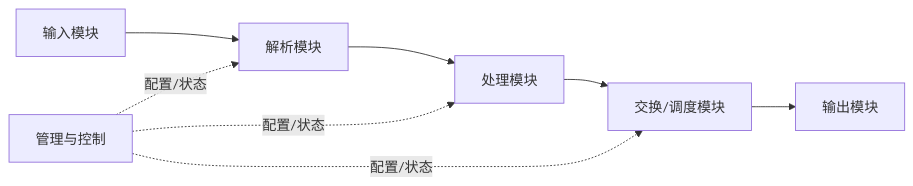
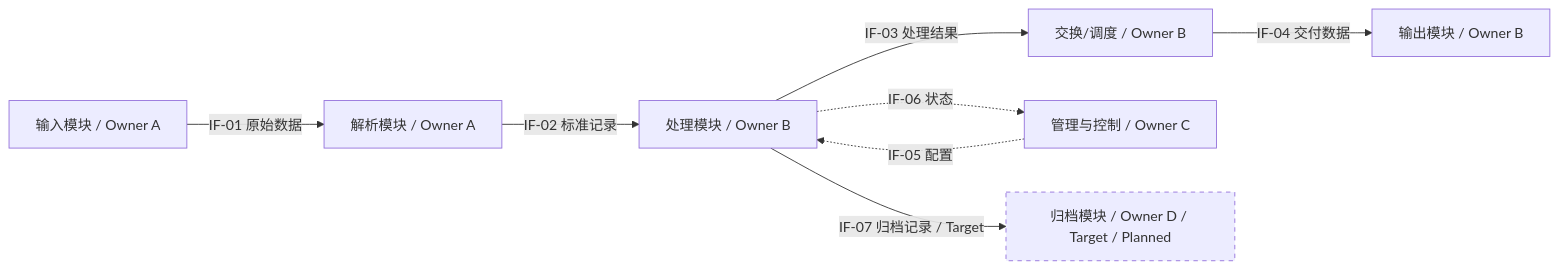
One commit to corezilla/STD changed the second of 3 diagrams in templates/design/architecture-design.md. Above: the diagram before and after it, drawn with Mermaid. The commit also changed other lines of this file and 10 other files, not shown here.

````diff
--- a/templates/design/architecture-design.md
+++ b/templates/design/architecture-design.md
@@ -386,10 +593,11 @@
 ```mermaid
 flowchart LR
-    IN[输入模块] --> PARSE[解析模块]
-    PARSE --> PROC[处理模块]
-    PROC --> SW[交换/调度模块]
-    SW --> OUT[输出模块]
-    CTRL[管理与控制] -.配置/状态.-> PARSE
-    CTRL -.配置/状态.-> PROC
-    CTRL -.配置/状态.-> SW
+    IN[输入模块 / Owner A] -->|IF-01 原始数据| PARSE[解析模块 / Owner A]
+    PARSE -->|IF-02 标准记录| PROC[处理模块 / Owner B]
+    PROC -->|IF-03 处理结果| SW[交换/调度 / Owner B]
+    SW -->|IF-04 交付数据| OUT[输出模块 / Owner B]
+    CTRL[管理与控制 / Owner C] -.->|IF-05 配置| PROC
+    PROC -.->|IF-06 状态| CTRL
+    PROC -->|IF-07 归档记录 / Target| ARCH[归档模块 / Owner D / Target / Planned]
+    style ARCH stroke-dasharray: 5 5
 ```
````
